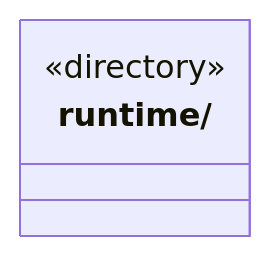
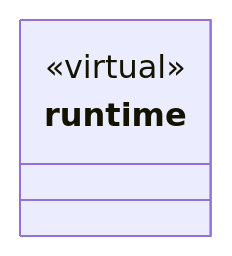
The diagram in src/logic/conversation/ARCHITECTURE.md (nan023062/cbim), drawn with Mermaid before and after one commit. The commit also changed other lines of this file and 158 other files, not shown here.

Commit message:
docs: model architecture through nested virtual encapsulations

````diff
--- a/src/logic/conversation/ARCHITECTURE.md
+++ b/src/logic/conversation/ARCHITECTURE.md
@@ -35,6 +17,7 @@
 ```mermaid
 classDiagram
-class N_src_logic_conversation_runtime["runtime/"] {
-  <<directory>>
+class N_ccdf65e86e19["runtime"] {
+  <<virtual>>
 }
+click N_ccdf65e86e19 href "runtime/ARCHITECTURE.md"
 ```
````
